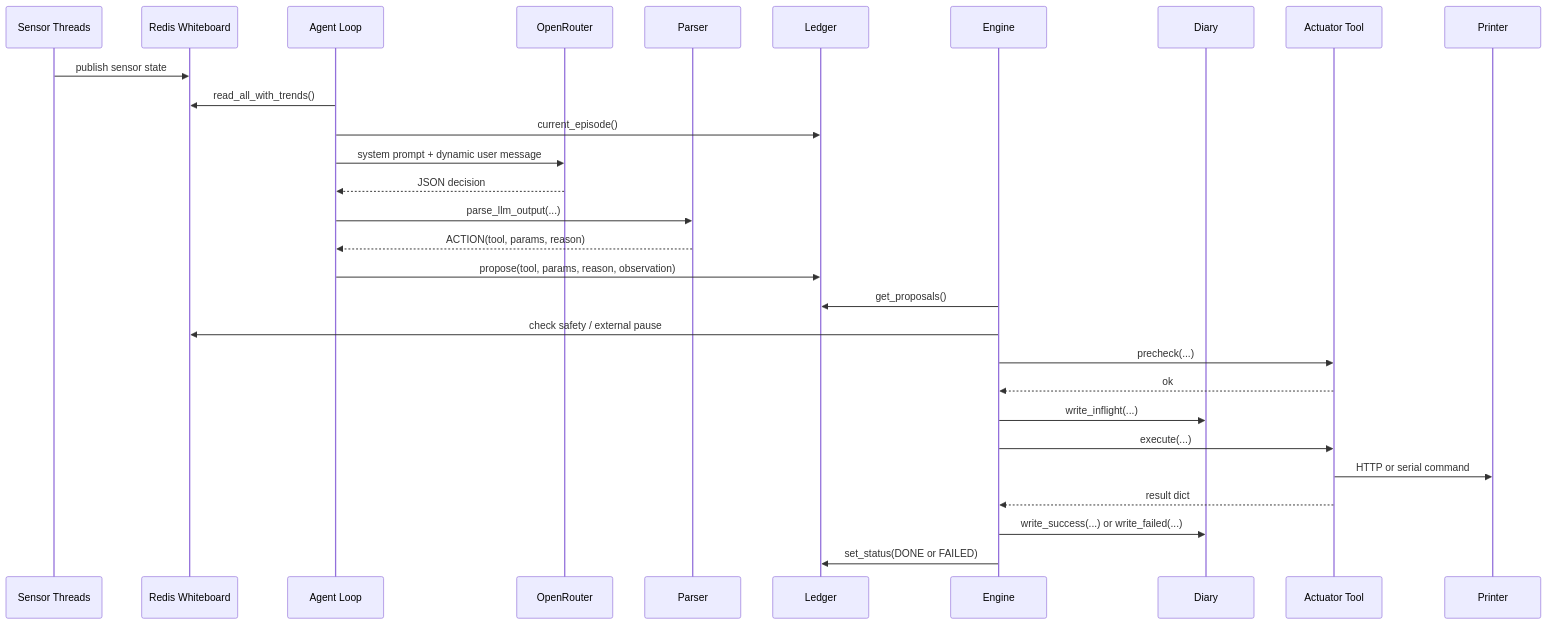
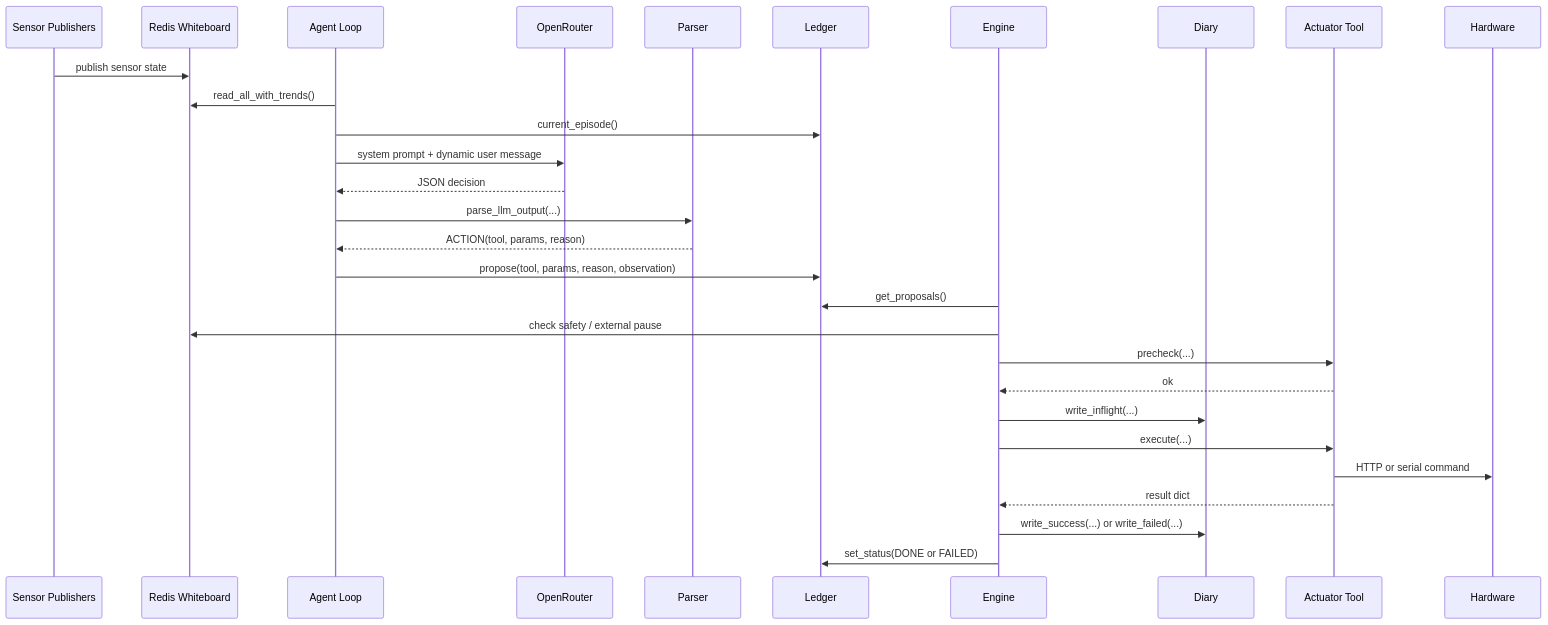
The second of 5 diagrams in ARCHITECTURE.md (anieyrudh/Wallee), drawn with Mermaid before and after one commit. The commit also changed other lines of this file and 9 other files, not shown here.

Commit message:
v5: hardware-agnostic ARCHITECTURE.md, device pack READMEs, sensor vs actuator distinction

````diff
--- a/ARCHITECTURE.md
+++ b/ARCHITECTURE.md
@@ -122,32 +126,32 @@
 ```mermaid
 sequenceDiagram
-    participant Sensor as Sensor Threads
+    participant Sensor as Sensor Publishers
     participant WB as Redis Whiteboard
     participant Agent as Agent Loop
     participant LLM as OpenRouter
     participant Parser as Parser
     participant Ledger as Ledger
     participant Engine as Engine
     participant Diary as Diary
     participant Tool as Actuator Tool
-    participant Printer as Printer
+    participant Machine as Hardware
 
     Sensor->>WB: publish sensor state
     Agent->>WB: read_all_with_trends()
     Agent->>Ledger: current_episode()
     Agent->>LLM: system prompt + dynamic user message
     LLM-->>Agent: JSON decision
     Agent->>Parser: parse_llm_output(...)
     Parser-->>Agent: ACTION(tool, params, reason)
     Agent->>Ledger: propose(tool, params, reason, observation)
     Engine->>Ledger: get_proposals()
     Engine->>WB: check safety / external pause
     Engine->>Tool: precheck(...)
     Tool-->>Engine: ok
     Engine->>Diary: write_inflight(...)
     Engine->>Tool: execute(...)
-    Tool->>Printer: HTTP or serial command
+    Tool->>Machine: HTTP or serial command
     Tool-->>Engine: result dict
     Engine->>Diary: write_success(...) or write_failed(...)
     Engine->>Ledger: set_status(DONE or FAILED)
 ```
````
